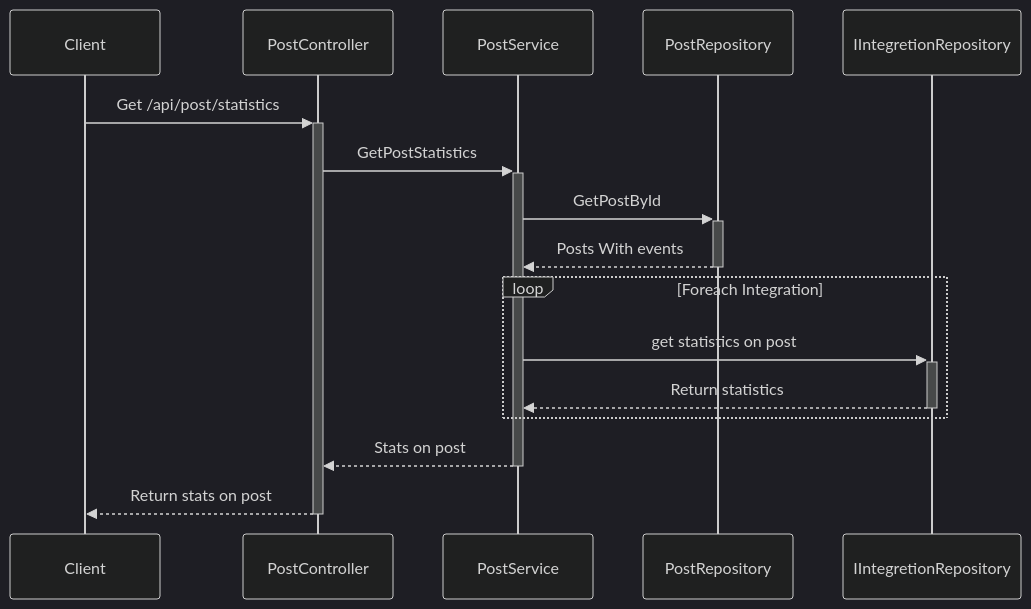
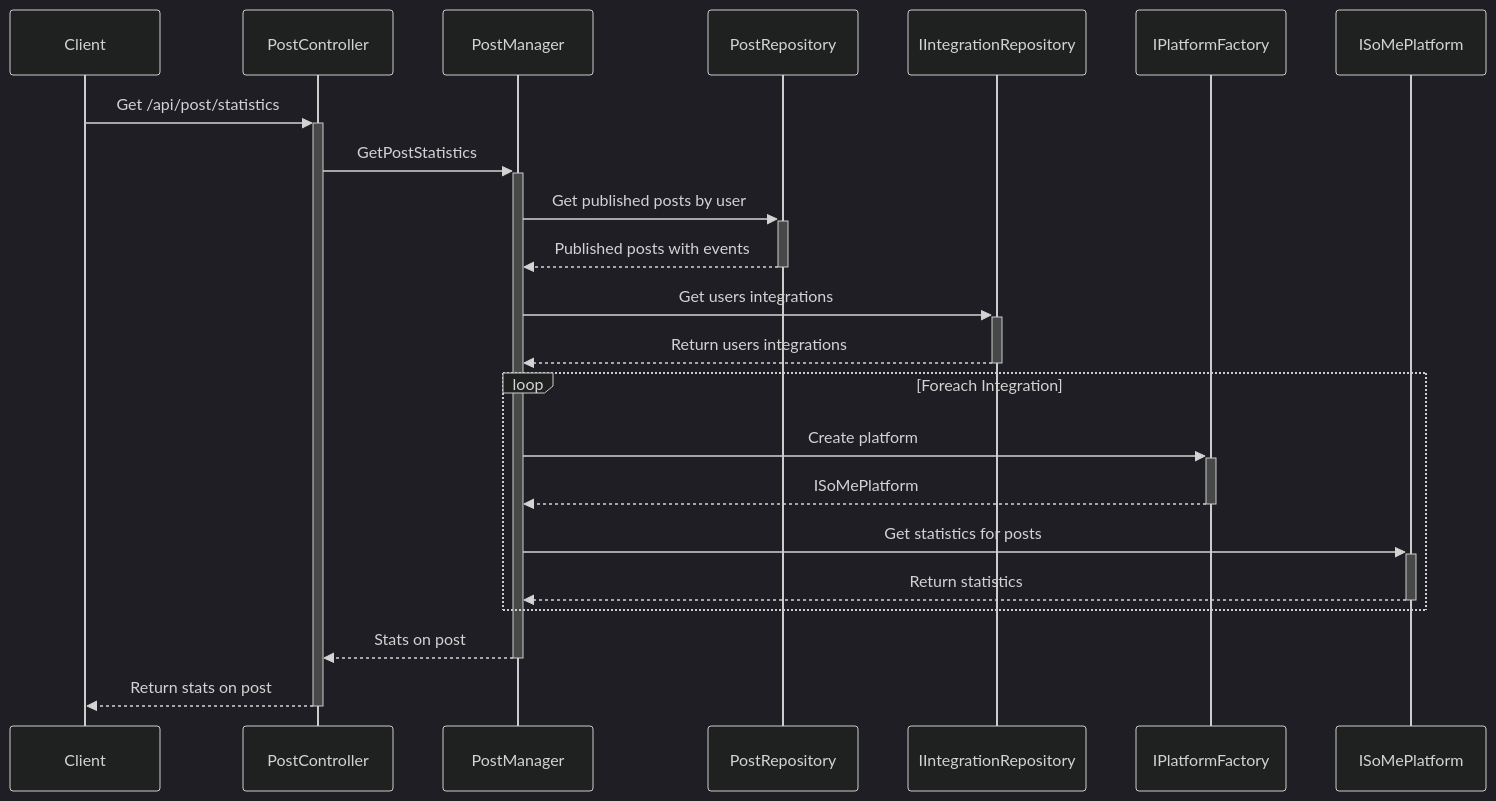
One commit to JKMN-Projects/ripple_sync_backend changed the third of 4 diagrams in documentation/diagrams/sequence_diagram.md. Above: the diagram before and after it, drawn with Mermaid (dark theme). The commit also changed other lines of this file and 2 other files, not shown here.

Commit message:
some diagrams

````diff
--- a/documentation/diagrams/sequence_diagram.md
+++ b/documentation/diagrams/sequence_diagram.md
@@ -42,13 +41,17 @@
-``` mermaid
-    sequenceDiagram
+```mermaid
+sequenceDiagram
     Client->>+PostController: Get /api/post/statistics
-    PostController->>+PostService: GetPostStatistics
-    PostService ->>+ PostRepository: GetPostById
-    PostRepository -->>- PostService: Posts With events
+    PostController->>+PostManager: GetPostStatistics
+    PostManager ->>+ PostRepository: Get published posts by user
+    PostRepository -->>- PostManager: Published posts with events
+    PostManager ->>+ IIntegrationRepository: Get users integrations
+    IIntegrationRepository -->>- PostManager: Return users integrations
     loop Foreach Integration
-        PostService ->>+ IIntegretionRepository:  get statistics on post
-        IIntegretionRepository -->>- PostService: Return statistics
+        PostManager ->>+ IPlatformFactory: Create platform
+        IPlatformFactory -->>- PostManager: ISoMePlatform
+        PostManager ->>+ ISoMePlatform:  Get statistics for posts
+        ISoMePlatform -->>- PostManager: Return statistics
     end
-    PostService -->>- PostController: Stats on post
+    PostManager -->>- PostController: Stats on post
     PostController -->>- Client : Return stats on post
 ```
````
